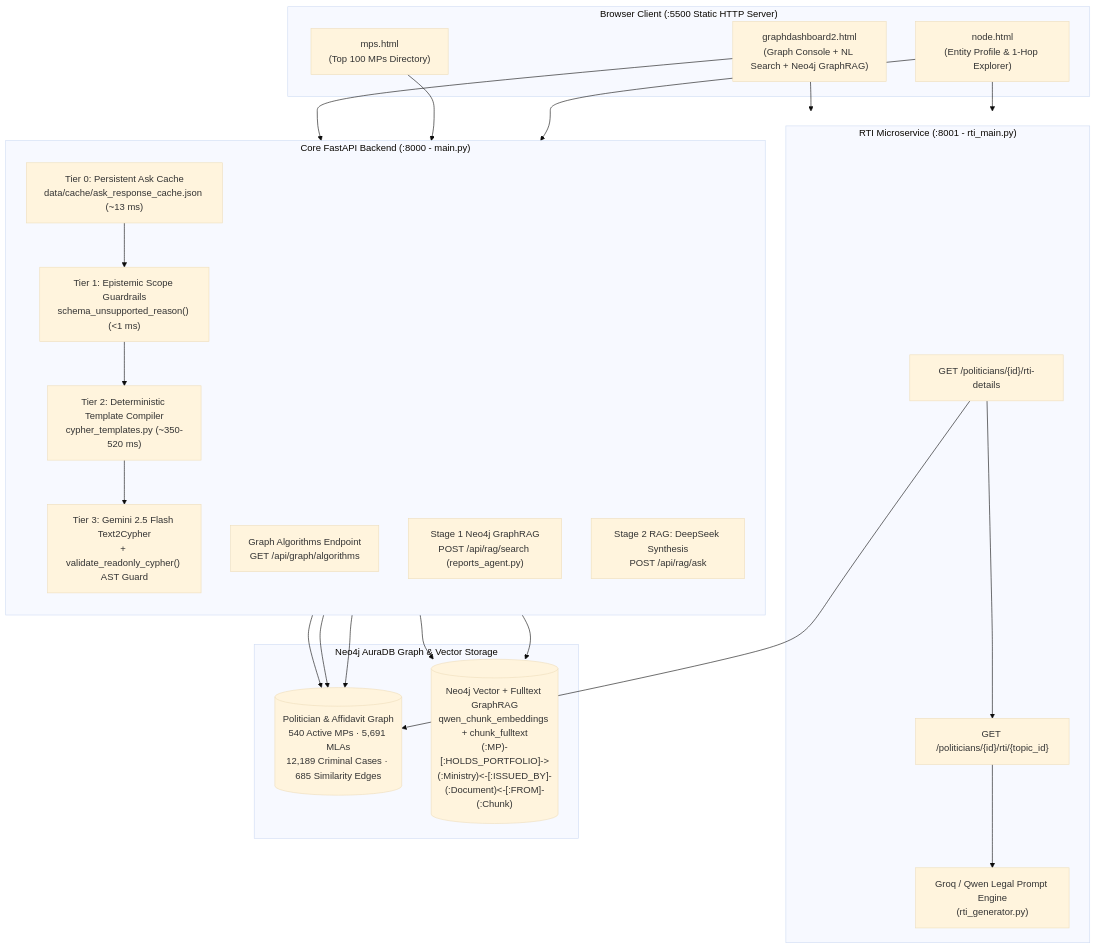
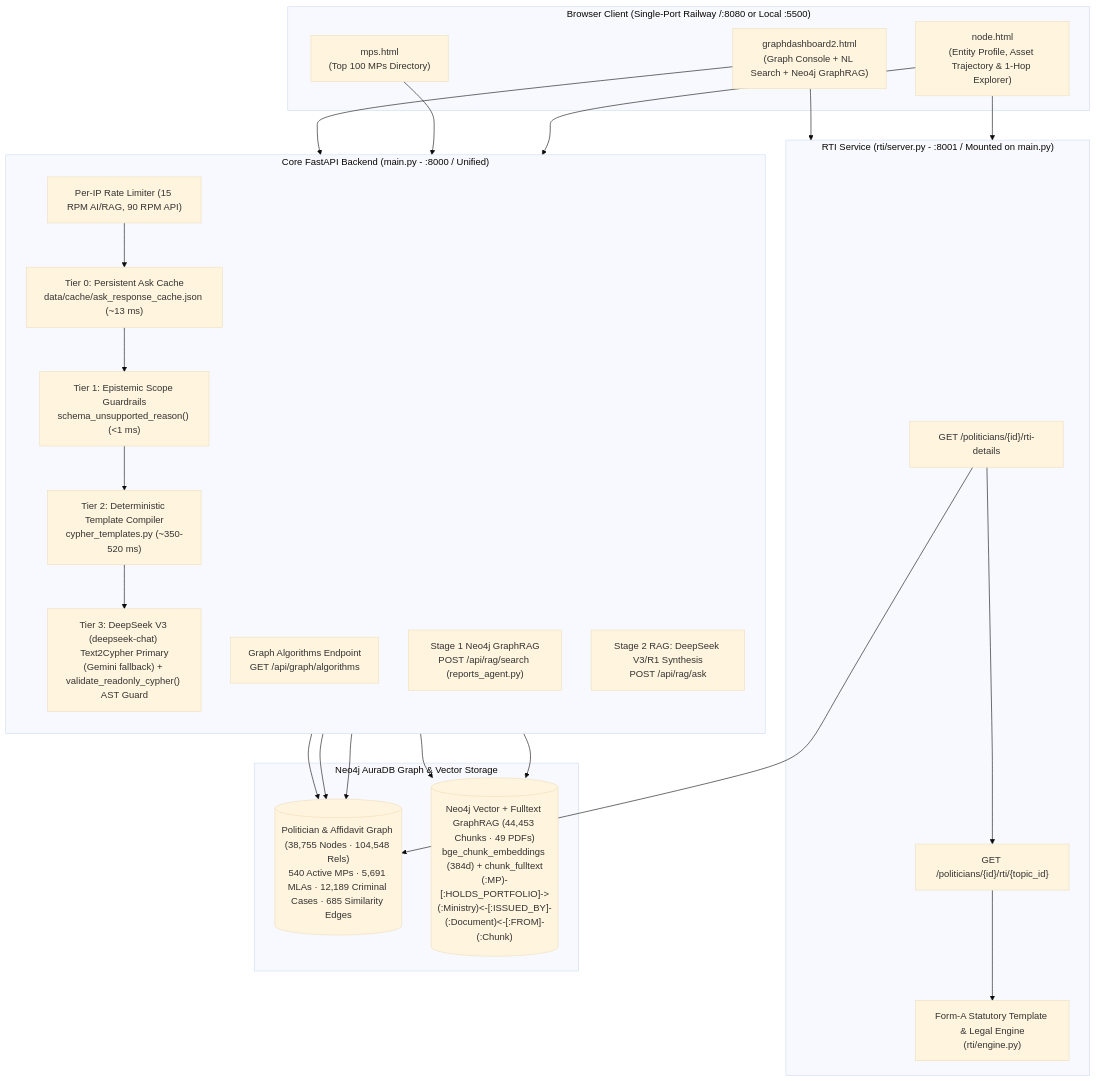
Before and after one commit to SarvagyeTalwar/Bharat-Praman: the first of 2 diagrams in BHARAT_PRAMAN_GUIDE.md, drawn with Mermaid (base theme). The commit also changed other lines of this file and 4 other files, not shown here.

Commit message:
fix: resolve 60-question audit bugs (Q04/Q30/Q33/GraphRAG year focus) & update viva docs

````diff
--- a/BHARAT_PRAMAN_GUIDE.md
+++ b/BHARAT_PRAMAN_GUIDE.md
@@ -51,38 +51,39 @@
 ```mermaid
 flowchart TB
-    subgraph Client["Browser Client (:5500 Static HTTP Server)"]
+    subgraph Client["Browser Client (Single-Port Railway /:8080 or Local :5500)"]
         UI1["graphdashboard2.html\n(Graph Console + NL Search + Neo4j GraphRAG)"]
         UI2["mps.html\n(Top 100 MPs Directory)"]
-        UI3["node.html\n(Entity Profile & 1-Hop Explorer)"]
+        UI3["node.html\n(Entity Profile, Asset Trajectory & 1-Hop Explorer)"]
     end
 
-    subgraph CoreAPI["Core FastAPI Backend (:8000 - main.py)"]
+    subgraph CoreAPI["Core FastAPI Backend (main.py - :8000 / Unified)"]
         direction TB
+        RL["Per-IP Rate Limiter (15 RPM AI/RAG, 90 RPM API)"]
         C0["Tier 0: Persistent Ask Cache\ndata/cache/ask_response_cache.json (~13 ms)"]
         C1["Tier 1: Epistemic Scope Guardrails\nschema_unsupported_reason() (<1 ms)"]
         C2["Tier 2: Deterministic Template Compiler\ncypher_templates.py (~350-520 ms)"]
-        C3["Tier 3: Gemini 2.5 Flash Text2Cypher\n+ validate_readonly_cypher() AST Guard"]
+        C3["Tier 3: DeepSeek V3 (deepseek-chat) Text2Cypher Primary\n(Gemini fallback) + validate_readonly_cypher() AST Guard"]
         GDS["Graph Algorithms Endpoint\nGET /api/graph/algorithms"]
         R1["Stage 1 Neo4j GraphRAG\nPOST /api/rag/search (reports_agent.py)"]
-        R2["Stage 2 RAG: DeepSeek Synthesis\nPOST /api/rag/ask"]
-        C0 --> C1 --> C2 --> C3
+        R2["Stage 2 RAG: DeepSeek V3/R1 Synthesis\nPOST /api/rag/ask"]
+        RL --> C0 --> C1 --> C2 --> C3
     end
 
-    subgraph RTIAPI["RTI Microservice (:8001 - rti_main.py)"]
+    subgraph RTIAPI["RTI Service (rti/server.py - :8001 / Mounted on main.py)"]
         RTI1["GET /politicians/{id}/rti-details"]
         RTI2["GET /politicians/{id}/rti/{topic_id}"]
-        RTI3["Groq / Qwen Legal Prompt Engine\n(rti_generator.py)"]
+        RTI3["Form-A Statutory Template & Legal Engine\n(rti/engine.py)"]
         RTI1 --> RTI2 --> RTI3
     end
 
     subgraph Storage["Neo4j AuraDB Graph & Vector Storage"]
-        NEO[("Politician & Affidavit Graph\n540 Active MPs · 5,691 MLAs\n12,189 Criminal Cases · 685 Similarity Edges")]
-        NEORAG[("Neo4j Vector + Fulltext GraphRAG\nqwen_chunk_embeddings + chunk_fulltext\n(:MP)-[:HOLDS_PORTFOLIO]->(:Ministry)<-[:ISSUED_BY]-(:Document)<-[:FROM]-(:Chunk)")]
+        NEO[("Politician & Affidavit Graph (38,755 Nodes · 104,548 Rels)\n540 Active MPs · 5,691 MLAs · 12,189 Criminal Cases · 685 Similarity Edges")]
+        NEORAG[("Neo4j Vector + Fulltext GraphRAG (44,453 Chunks · 49 PDFs)\nbge_chunk_embeddings (384d) + chunk_fulltext\n(:MP)-[:HOLDS_PORTFOLIO]->(:Ministry)<-[:ISSUED_BY]-(:Document)<-[:FROM]-(:Chunk)")]
     end
 
     UI1 & UI2 & UI3 --> CoreAPI
     UI1 & UI3 --> RTIAPI
     C2 & C3 & GDS --> NEO
     R1 & R2 --> NEORAG
     RTI1 --> NEO
 ```
````
